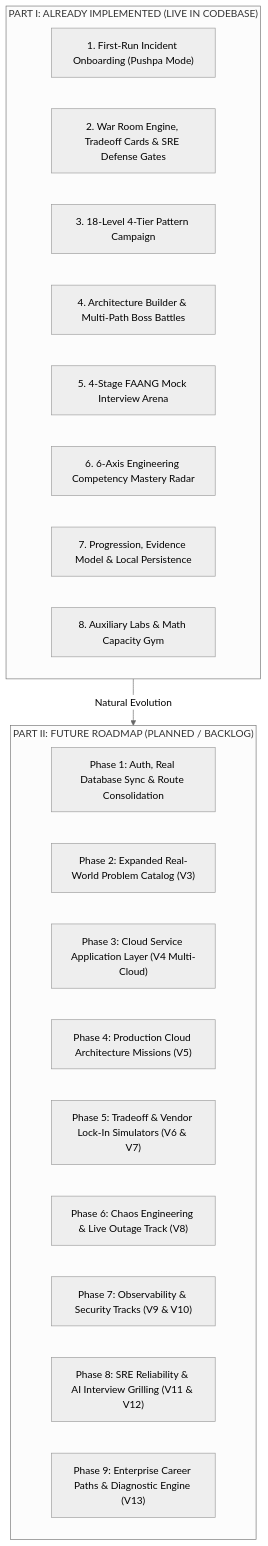
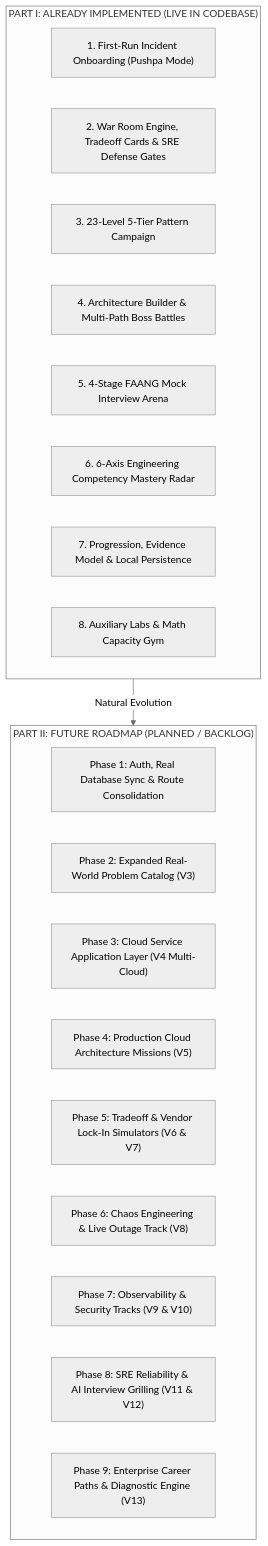
The first of 2 diagrams in MASTER_IMPLEMENTATION_PLAN.md (Singhak/boaringSD), drawn with Mermaid (neutral theme) before and after one commit. The commit also changed other lines of this file and 1 other file, not shown here.

Commit message:
feat: expand pattern mastery campaign to 23 levels across 5 tiers and update incident scenarios

````diff
--- a/MASTER_IMPLEMENTATION_PLAN.md
+++ b/MASTER_IMPLEMENTATION_PLAN.md
@@ -60,27 +60,27 @@
 ```mermaid
 graph TD
     subgraph Part1["PART I: ALREADY IMPLEMENTED (LIVE IN CODEBASE)"]
         A1["1. First-Run Incident Onboarding (Pushpa Mode)"]
         A2["2. War Room Engine, Tradeoff Cards & SRE Defense Gates"]
-        A3["3. 18-Level 4-Tier Pattern Campaign"]
+        A3["3. 23-Level 5-Tier Pattern Campaign"]
         A4["4. Architecture Builder & Multi-Path Boss Battles"]
         A5["5. 4-Stage FAANG Mock Interview Arena"]
         A6["6. 6-Axis Engineering Competency Mastery Radar"]
         A7["7. Progression, Evidence Model & Local Persistence"]
         A8["8. Auxiliary Labs & Math Capacity Gym"]
     end
 
     subgraph Part2["PART II: FUTURE ROADMAP (PLANNED / BACKLOG)"]
         F1["Phase 1: Auth, Real Database Sync & Route Consolidation"]
         F2["Phase 2: Expanded Real-World Problem Catalog (V3)"]
         F3["Phase 3: Cloud Service Application Layer (V4 Multi-Cloud)"]
         F4["Phase 4: Production Cloud Architecture Missions (V5)"]
         F5["Phase 5: Tradeoff & Vendor Lock-In Simulators (V6 & V7)"]
         F6["Phase 6: Chaos Engineering & Live Outage Track (V8)"]
         F7["Phase 7: Observability & Security Tracks (V9 & V10)"]
         F8["Phase 8: SRE Reliability & AI Interview Grilling (V11 & V12)"]
         F9["Phase 9: Enterprise Career Paths & Diagnostic Engine (V13)"]
     end
 
     Part1 -->|Natural Evolution| Part2
 ```
````
